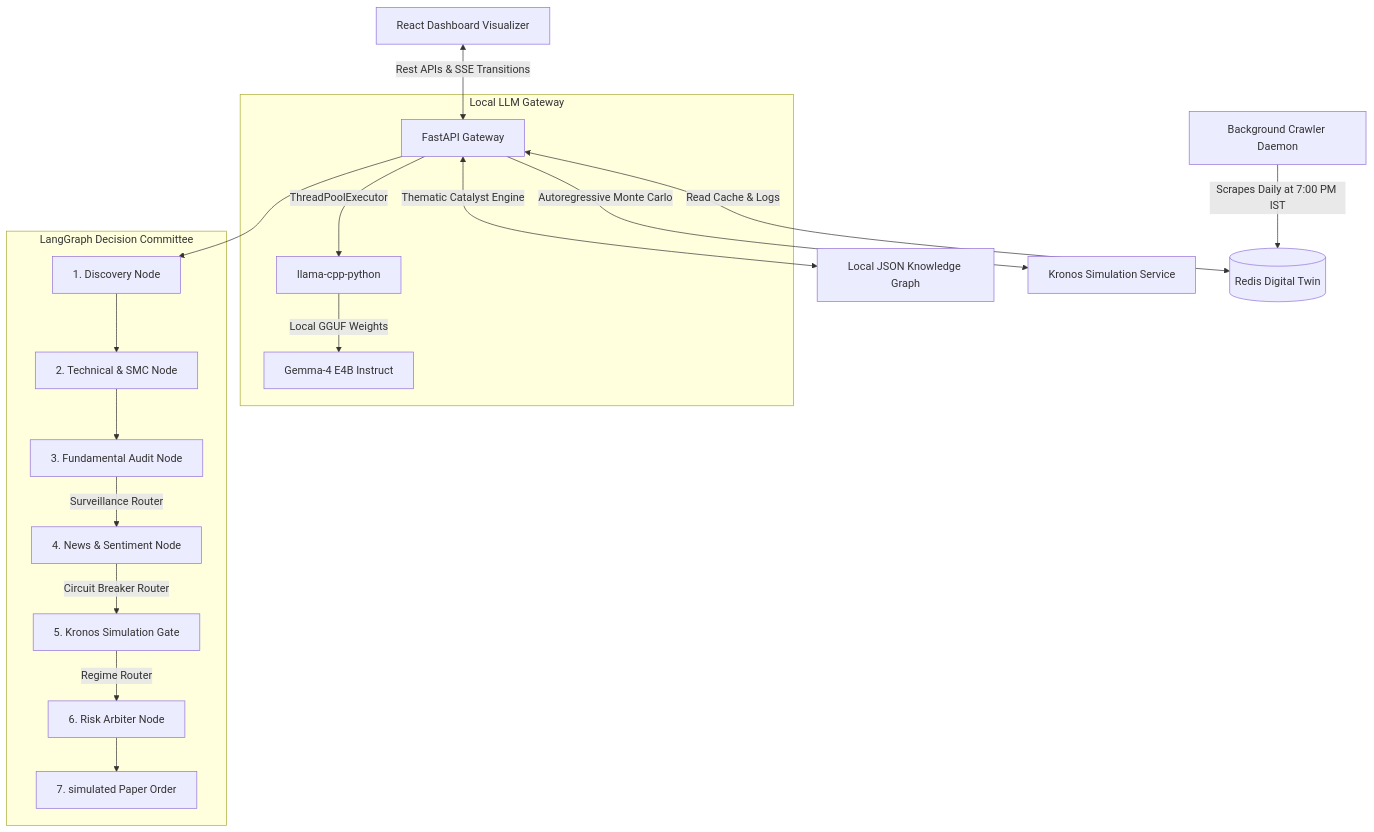
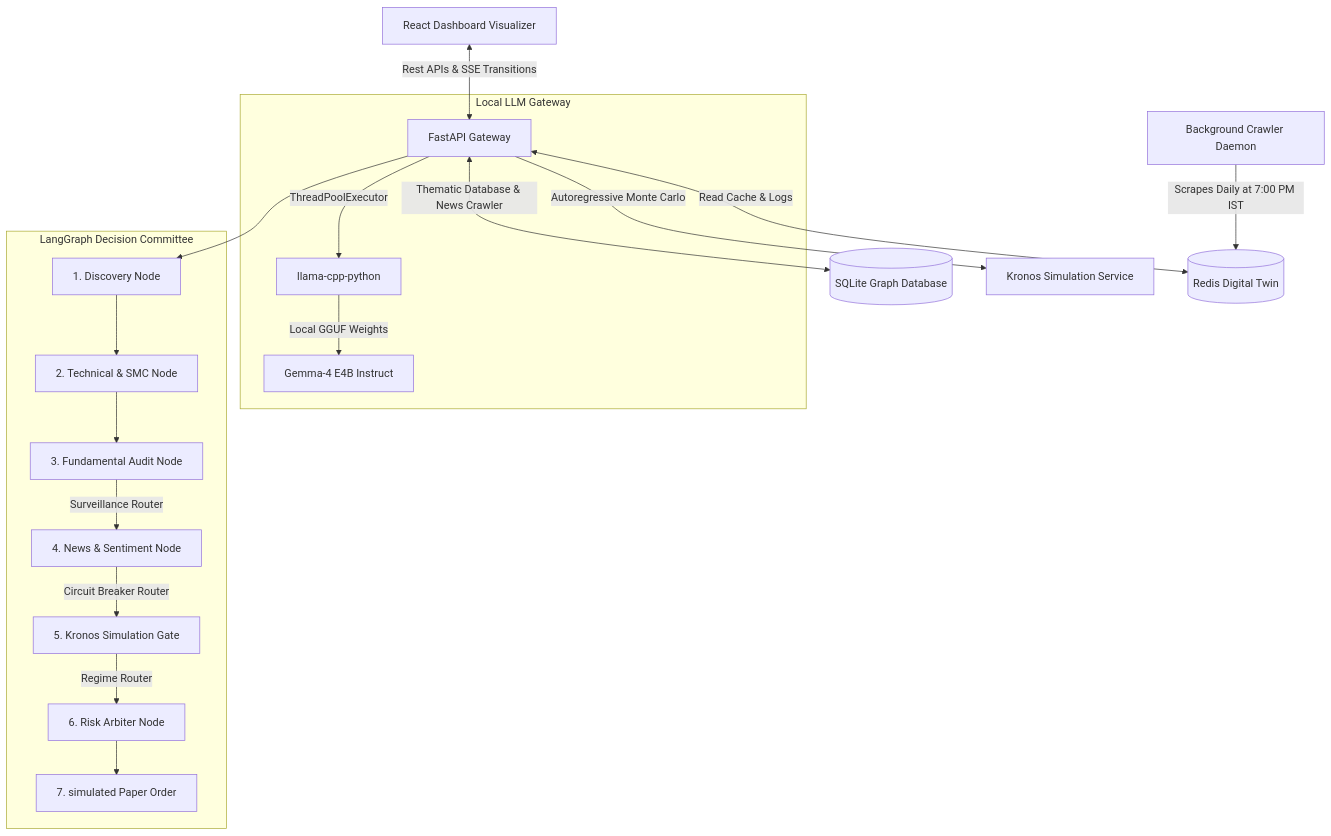
One commit to akdey/Echo changed the diagram in README.md. Above: the diagram before and after it, drawn with Mermaid. The commit also changed other lines of this file and 7 other files, not shown here.

````diff
--- a/README.md
+++ b/README.md
@@ -21,23 +21,23 @@
 ```mermaid
 graph TD
     A[Background Crawler Daemon] -->|Scrapes Daily at 7:00 PM IST| B[(Redis Digital Twin)]
     C[React Dashboard Visualizer] <-->|Rest APIs & SSE Transitions| D[FastAPI Gateway]
     D <-->|Read Cache & Logs| B
     D -->|Autoregressive Monte Carlo| E[Kronos Simulation Service]
-    D <-->|Thematic Catalyst Engine| H[Local JSON Knowledge Graph]
+    D <-->|Thematic Database & News Crawler| H[(SQLite Graph Database)]
     
     subgraph Local LLM Gateway
         D -->|ThreadPoolExecutor| F[llama-cpp-python]
         F -->|Local GGUF Weights| G[Gemma-4 E4B Instruct]
     end
     
     subgraph LangGraph Decision Committee
         D --> I[1. Discovery Node]
         I --> J[2. Technical & SMC Node]
         J --> K[3. Fundamental Audit Node]
         K -->|Surveillance Router| L[4. News & Sentiment Node]
         L -->|Circuit Breaker Router| M[5. Kronos Simulation Gate]
         M -->|Regime Router| N[6. Risk Arbiter Node]
         N --> O[7. simulated Paper Order]
     end
 ```
````
